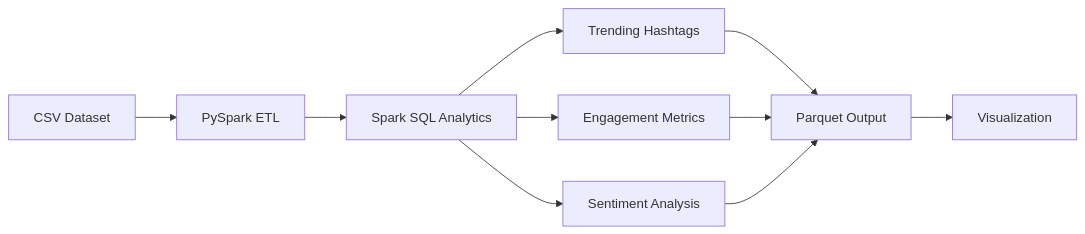
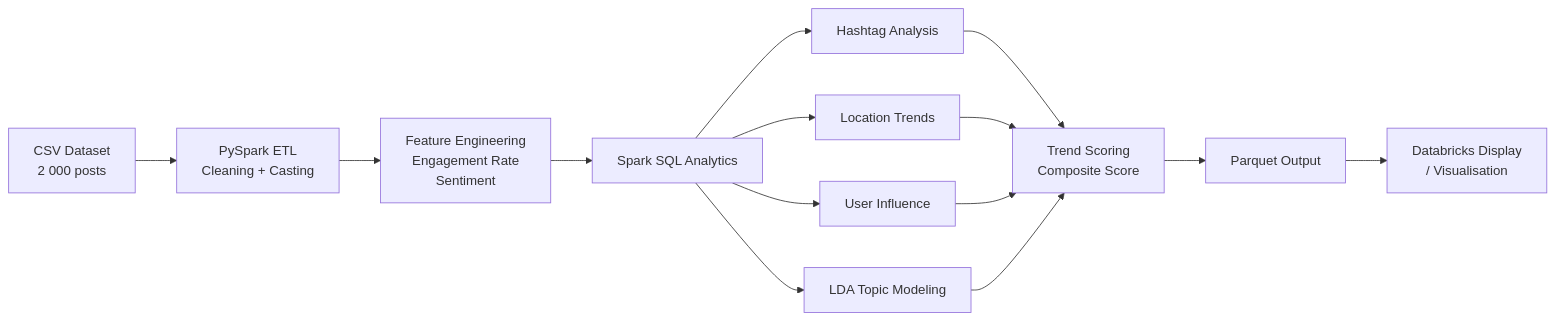
One commit to niks1503/Social-Media-Trend-Analysis changed the diagram in README.md. Above: the diagram before and after it, drawn with Mermaid. The commit also changed other lines of this file and 8 other files, not shown here.

````diff
--- a/README.md
+++ b/README.md
@@ -18,12 +31,13 @@
 ```mermaid
 flowchart LR
-    A[CSV Dataset] --> B[PySpark ETL]
-    B --> C[Spark SQL Analytics]
-    C --> D[Trending Hashtags]
-    C --> E[Engagement Metrics]
-    C --> F[Sentiment Analysis]
-    D --> G[Parquet Output]
-    E --> G
-    F --> G
-    G --> H[Visualization]
+    A[CSV Dataset\n2 000 posts] --> B[PySpark ETL\nCleaning + Casting]
+    B --> C[Feature Engineering\nEngagement Rate\nSentiment]
+    C --> D[Spark SQL Analytics]
+    D --> E[Hashtag Analysis]
+    D --> F[Location Trends]
+    D --> G[User Influence]
+    D --> H[LDA Topic Modeling]
+    E & F & G & H --> I[Trend Scoring\nComposite Score]
+    I --> J[Parquet Output]
+    J --> K[Databricks Display\n/ Visualisation]
 ```
````
